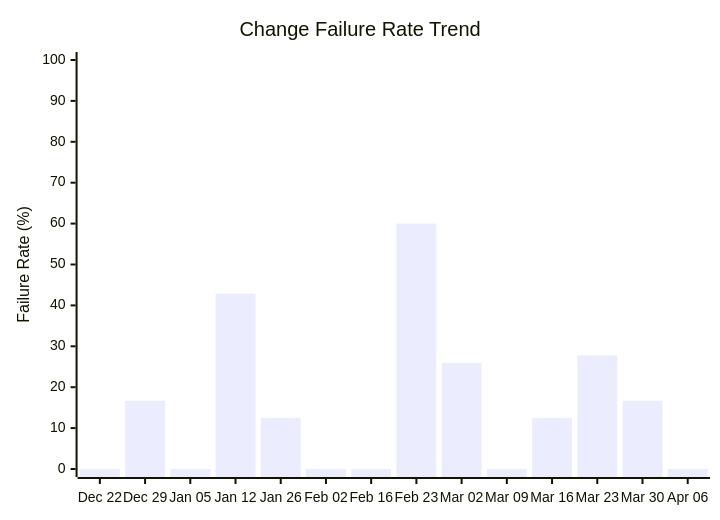
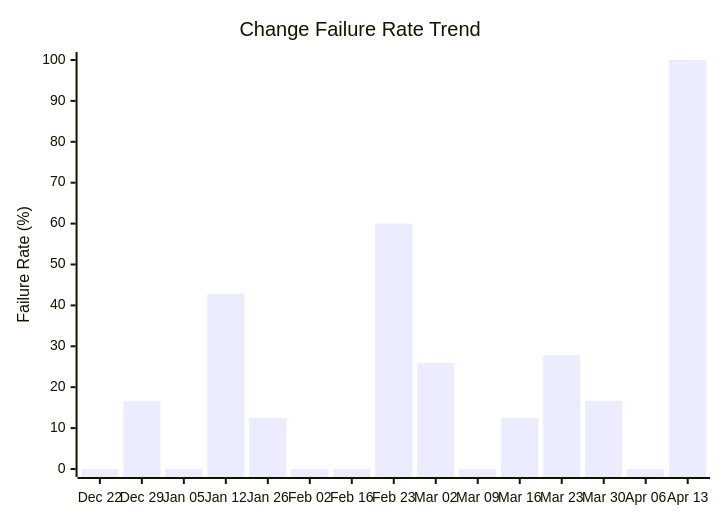
Before and after one commit to ukma-cs-ssdm-2025/rate-ukma: the fourth of 4 diagrams in docs/ci-cd/dora-summary.md, drawn with Mermaid. The commit also changed other lines of this file, not shown here.

````diff
--- a/docs/ci-cd/dora-summary.md
+++ b/docs/ci-cd/dora-summary.md
@@ -73,7 +72,7 @@
 ```mermaid
 xychart-beta
     title "Change Failure Rate Trend"
-    x-axis ["Dec 22", "Dec 29", "Jan 05", "Jan 12", "Jan 26", "Feb 02", "Feb 16", "Feb 23", "Mar 02", "Mar 09", "Mar 16", "Mar 23", "Mar 30", "Apr 06"]
+    x-axis ["Dec 22", "Dec 29", "Jan 05", "Jan 12", "Jan 26", "Feb 02", "Feb 16", "Feb 23", "Mar 02", "Mar 09", "Mar 16", "Mar 23", "Mar 30", "Apr 06", "Apr 13"]
     y-axis "Failure Rate (%)" 0 --> 100
-    bar [0.00, 16.67, 0.00, 42.86, 12.50, 0.00, 0.00, 60.00, 25.93, 0.00, 12.50, 27.78, 16.67, 0.00]
+    bar [0.00, 16.67, 0.00, 42.86, 12.50, 0.00, 0.00, 60.00, 25.93, 0.00, 12.50, 27.78, 16.67, 0.00, 100.00]
 ```
````
